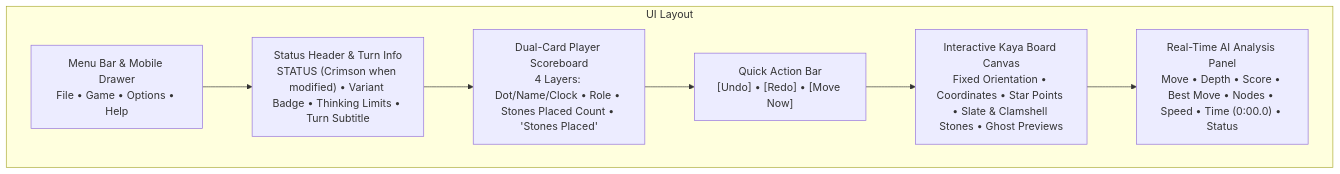
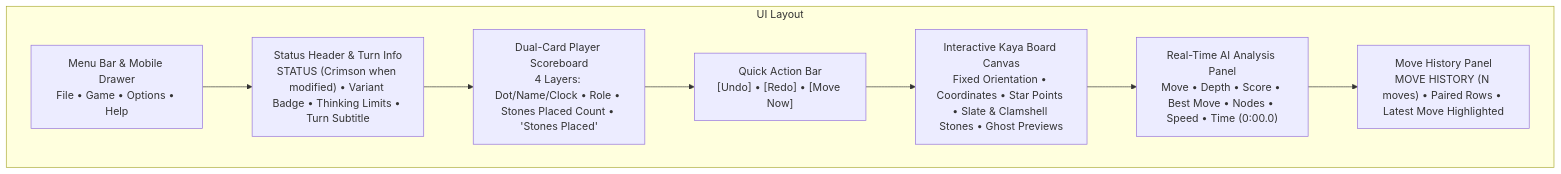
Before and after one commit to cjp-dev/Gomoku: the first of 3 diagrams in docs/brain/14-gui-and-settings.md, drawn with Mermaid. The commit also changed other lines of this file and 26 other files, not shown here.

````diff
--- a/docs/brain/14-gui-and-settings.md
+++ b/docs/brain/14-gui-and-settings.md
@@ -17,17 +17,19 @@
 ```mermaid
 graph TD
     subgraph UI Layout
         MenuBar["Menu Bar &amp; Mobile Drawer<br/>File • Game • Options • Help"]
         StatusPanel["Status Header &amp; Turn Info<br/>STATUS (Crimson when modified) • Variant Badge • Thinking Limits • Turn Subtitle"]
         Scoreboard["Dual-Card Player Scoreboard<br/>4 Layers: Dot/Name/Clock • Role • Stones Placed Count • 'Stones Placed'"]
         QuickActions["Quick Action Bar<br/>[Undo] • [Redo] • [Move Now]"]
         Board["Interactive Kaya Board Canvas<br/>Fixed Orientation • Coordinates • Star Points • Slate &amp; Clamshell Stones • Ghost Previews"]
-        Analysis["Real-Time AI Analysis Panel<br/>Move • Depth • Score • Best Move • Nodes • Speed • Time (0:00.0) • Status"]
+        Analysis["Real-Time AI Analysis Panel<br/>Move • Depth • Score • Best Move • Nodes • Speed • Time (0:00.0)"]
+        History["Move History Panel<br/>MOVE HISTORY (N moves) • Paired Rows • Latest Move Highlighted"]
     end
 
     MenuBar --> StatusPanel
     StatusPanel --> Scoreboard
     Scoreboard --> QuickActions
     QuickActions --> Board
     Board --> Analysis
+    Analysis --> History
 ```
````
